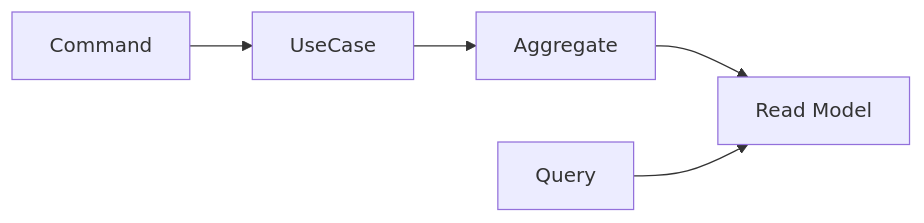
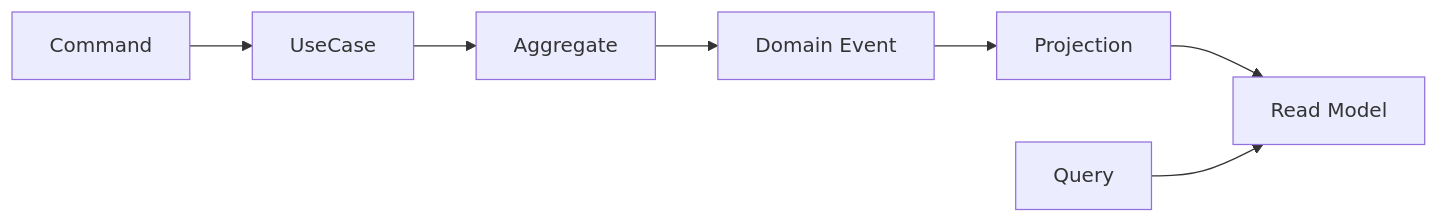
One commit to t-shirayama/domain-driven-design-notes changed the diagram in docs/13_実践パターン/03_CQRS.md. Above: the diagram before and after it, drawn with Mermaid. The commit also changed 2 other files, not shown here.

Commit message:
docs: clarify ddd flow diagrams

````diff
--- a/docs/13_実践パターン/03_CQRS.md
+++ b/docs/13_実践パターン/03_CQRS.md
@@ -5,13 +5,17 @@
 ```mermaid
 flowchart LR
   Command[Command]
   UseCase[UseCase]
   Aggregate[Aggregate]
+  Event[Domain Event]
+  Projection[Projection]
   ReadModel[Read Model]
   Query[Query]
 
   Command --> UseCase
   UseCase --> Aggregate
-  Aggregate --> ReadModel
+  Aggregate --> Event
+  Event --> Projection
+  Projection --> ReadModel
   Query --> ReadModel
 ```
````
